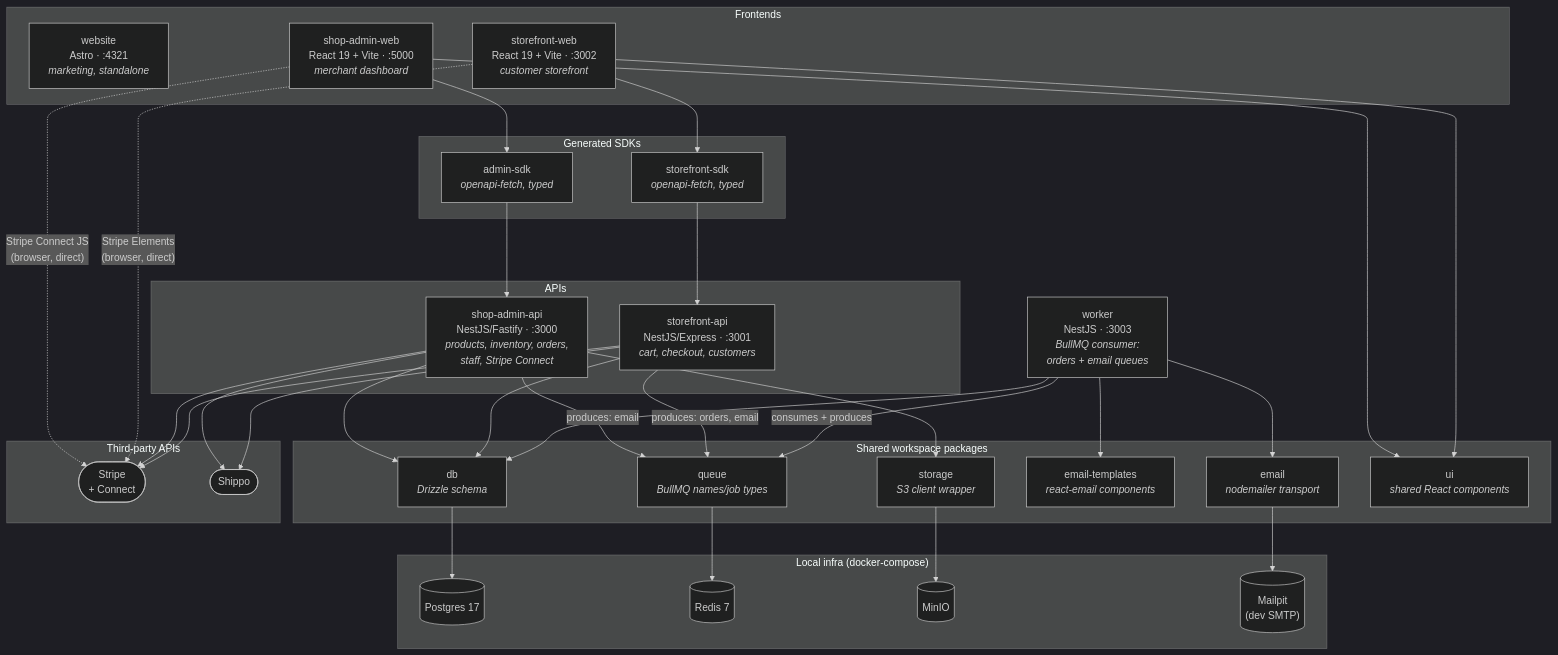
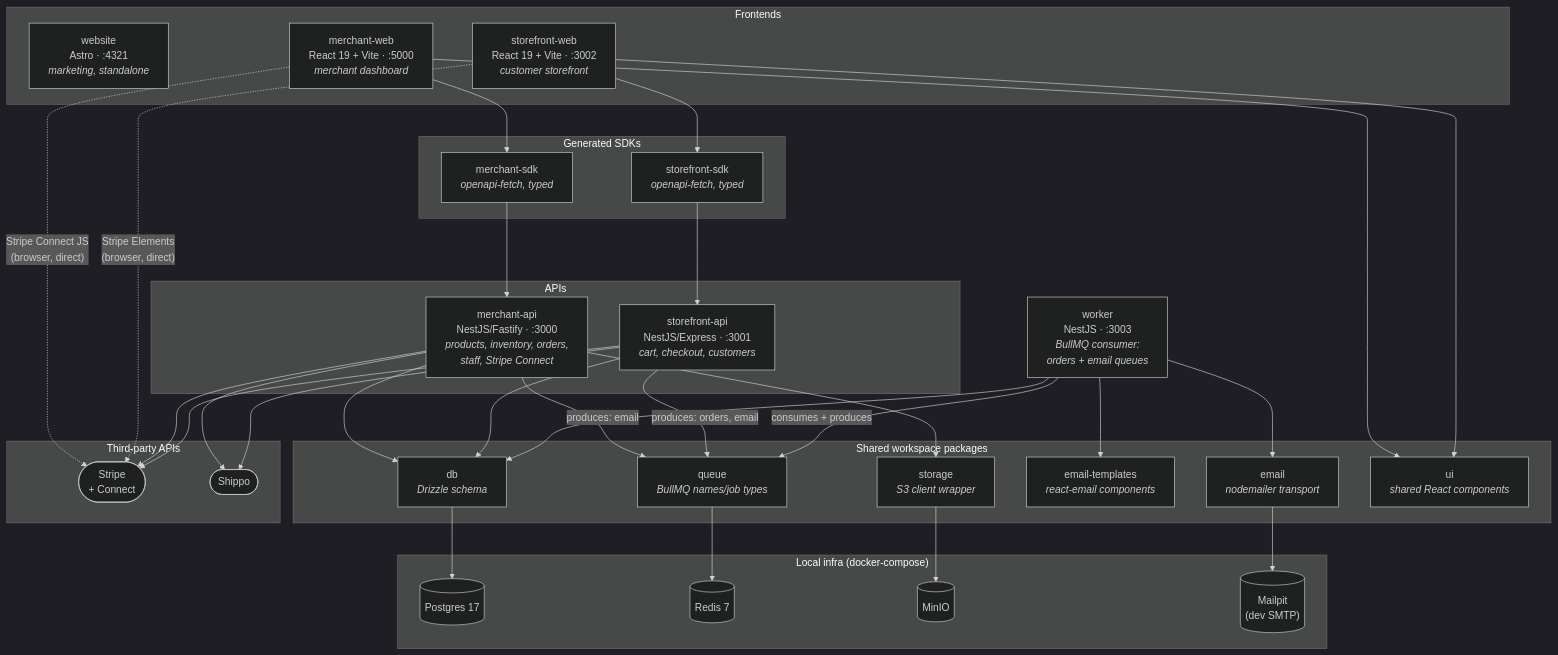
One commit to noel-vega/Finances changed the first of 2 diagrams in ARCHITECTURE.md. Above: the diagram before and after it, drawn with Mermaid (dark theme). The commit also changed other lines of this file and 379 other files, not shown here.

First line of the commit message:
refactor: rename admin apps to merchant-* and unblock CI

````diff
--- a/ARCHITECTURE.md
+++ b/ARCHITECTURE.md
@@ -11,67 +11,67 @@
 ```mermaid
 flowchart TB
     subgraph FE["Frontends"]
         website["website<br/>Astro · :4321<br/><i>marketing, standalone</i>"]
-        adminweb["shop-admin-web<br/>React 19 + Vite · :5000<br/><i>merchant dashboard</i>"]
+        adminweb["merchant-web<br/>React 19 + Vite · :5000<br/><i>merchant dashboard</i>"]
         storeweb["storefront-web<br/>React 19 + Vite · :3002<br/><i>customer storefront</i>"]
     end
 
     subgraph SDK["Generated SDKs"]
-        adminsdk["admin-sdk<br/><i>openapi-fetch, typed</i>"]
+        adminsdk["merchant-sdk<br/><i>openapi-fetch, typed</i>"]
         storesdk["storefront-sdk<br/><i>openapi-fetch, typed</i>"]
     end
 
     subgraph API["APIs"]
-        adminapi["shop-admin-api<br/>NestJS/Fastify · :3000<br/><i>products, inventory, orders,<br/>staff, Stripe Connect</i>"]
+        adminapi["merchant-api<br/>NestJS/Fastify · :3000<br/><i>products, inventory, orders,<br/>staff, Stripe Connect</i>"]
         storeapi["storefront-api<br/>NestJS/Express · :3001<br/><i>cart, checkout, customers</i>"]
     end
 
     worker["worker<br/>NestJS · :3003<br/><i>BullMQ consumer:<br/>orders + email queues</i>"]
 
     subgraph PKG["Shared workspace packages"]
         db["db<br/><i>Drizzle schema</i>"]
         queue["queue<br/><i>BullMQ names/job types</i>"]
         email["email<br/><i>nodemailer transport</i>"]
         emailtpl["email-templates<br/><i>react-email components</i>"]
         storage["storage<br/><i>S3 client wrapper</i>"]
         ui["ui<br/><i>shared React components</i>"]
     end
 
     subgraph INFRA["Local infra (docker-compose)"]
         postgres[("Postgres 17")]
         redis[("Redis 7")]
         minio[("MinIO")]
         mailpit[("Mailpit<br/>(dev SMTP)")]
     end
 
     subgraph EXT["Third-party APIs"]
         stripe(["Stripe<br/>+ Connect"])
         shippo(["Shippo"])
     end
 
     adminweb --> adminsdk --> adminapi
     storeweb --> storesdk --> storeapi
     adminweb -. "Stripe Connect JS<br/>(browser, direct)" .-> stripe
     storeweb -. "Stripe Elements<br/>(browser, direct)" .-> stripe
     adminweb --> ui
     storeweb --> ui
 
     adminapi --> db
     storeapi --> db
     worker --> db
     db --> postgres
 
     adminapi -->|produces: email| queue
     storeapi -->|produces: orders, email| queue
     worker -->|consumes + produces| queue
     queue --> redis
 
     adminapi --> storage --> minio
     adminapi --> stripe
     adminapi --> shippo
     storeapi --> stripe
     storeapi --> shippo
 
     worker --> email --> mailpit
     worker --> emailtpl
 ```
````
